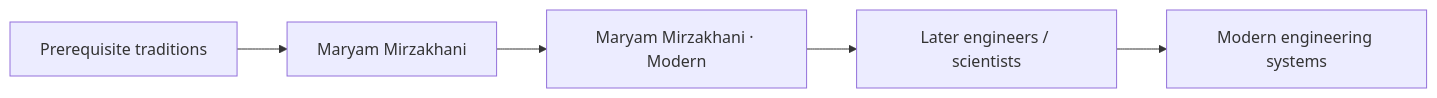
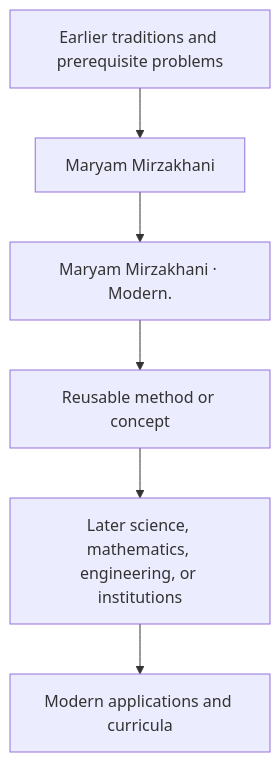
The diagram in docs/history/maryam-mirzakhani/influence.md (via-decide/ViaLogic), drawn with Mermaid before and after one commit. The commit also changed other lines of this file and 858 other files, not shown here.

````diff
--- a/docs/history/maryam-mirzakhani/influence.md
+++ b/docs/history/maryam-mirzakhani/influence.md
@@ -29,7 +16,8 @@
 ```mermaid
-graph LR
-  prerequisites["Prerequisite traditions"] --> current["Maryam Mirzakhani"]
-  current --> contribution["Maryam Mirzakhani · Modern"]
-  contribution --> successors["Later engineers / scientists"]
-  successors --> modern["Modern engineering systems"]
+graph TD
+  Prior[Earlier traditions and prerequisite problems] --> Person[Maryam Mirzakhani]
+  Person --> Contribution[Maryam Mirzakhani · Modern.]
+  Contribution --> Method[Reusable method or concept]
+  Method --> Later[Later science, mathematics, engineering, or institutions]
+  Later --> Modern[Modern applications and curricula]
 ```
````
